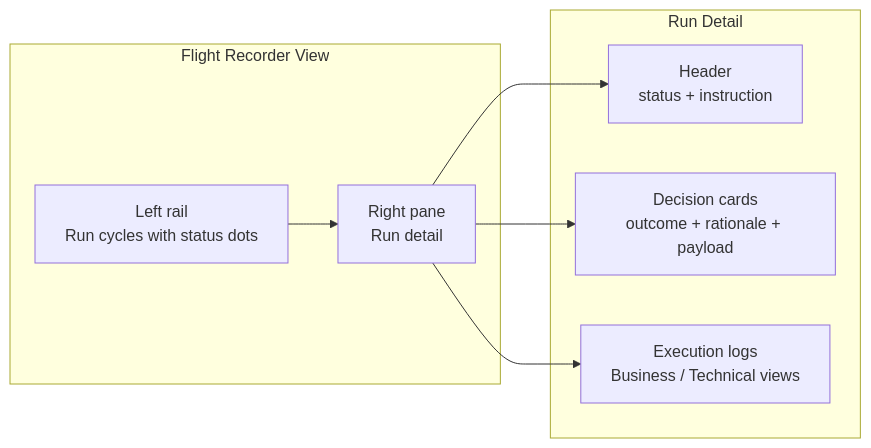
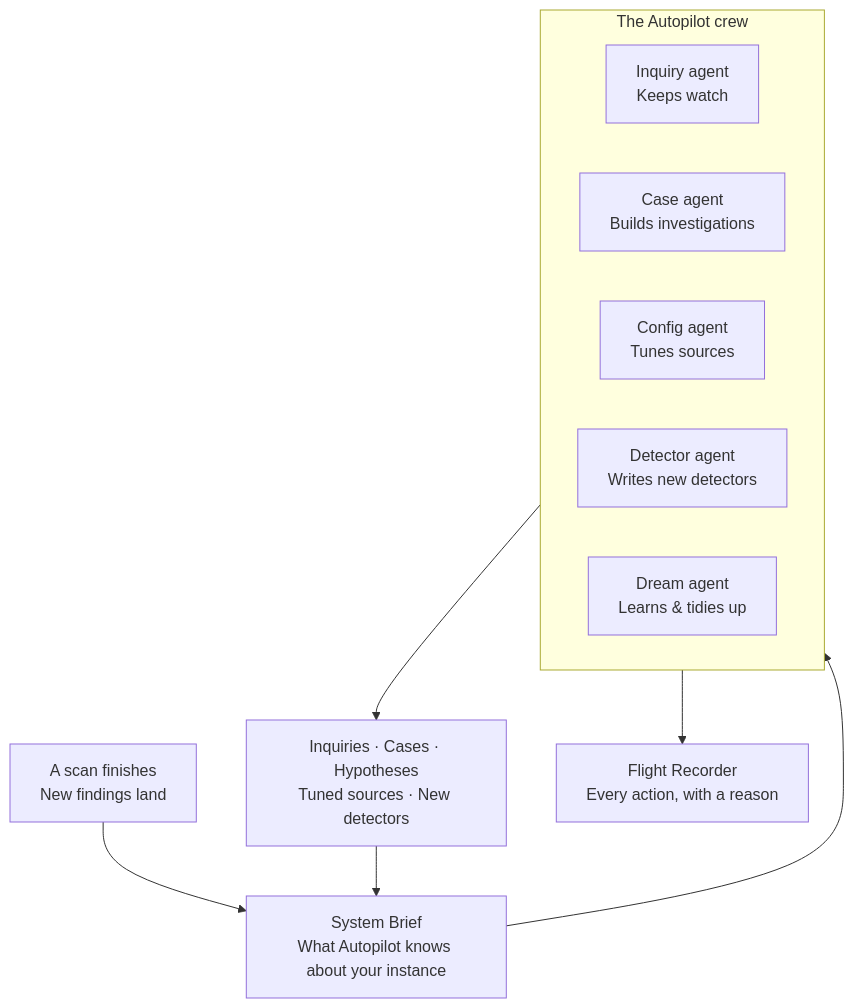
The diagram in apps/docs/app/flow/investigations/autopilot/page.mdx (classifyre/classifyre), drawn with Mermaid before and after one commit. The commit also changed other lines of this file and 6 other files, not shown here.

````diff
--- a/apps/docs/app/flow/investigations/autopilot/page.mdx
+++ b/apps/docs/app/flow/investigations/autopilot/page.mdx
@@ -167,18 +27,23 @@
 ```mermaid
-graph LR
-    subgraph FlightRecorder["Flight Recorder View"]
-        LeftRail["Left rail<br/>Run cycles with status dots"]
-        RightPane["Right pane<br/>Run detail"]
+graph TD
+    Scan["A scan finishes<br/>New findings land"]
+    Brief["System Brief<br/>What Autopilot knows about your instance"]
+
+    subgraph Crew["The Autopilot crew"]
+        direction LR
+        Inquiry["Inquiry agent<br/>Keeps watch"]
+        Case["Case agent<br/>Builds investigations"]
+        Config["Config agent<br/>Tunes sources"]
+        Detector["Detector agent<br/>Writes new detectors"]
+        Dream["Dream agent<br/>Learns & tidies up"]
     end
 
-    subgraph RunDetail["Run Detail"]
-        Header["Header<br/>status + instruction"]
-        Decisions["Decision cards<br/>outcome + rationale + payload"]
-        Logs["Execution logs<br/>Business / Technical views"]
-    end
+    Work["Inquiries · Cases · Hypotheses<br/>Tuned sources · New detectors"]
+    Log["Flight Recorder<br/>Every action, with a reason"]
 
-    LeftRail --> RightPane
-    RightPane --> Header
-    RightPane --> Decisions
-    RightPane --> Logs
+    Scan --> Brief
+    Brief --> Crew
+    Crew --> Work
+    Crew --> Log
+    Work --> Brief
 ```
````
